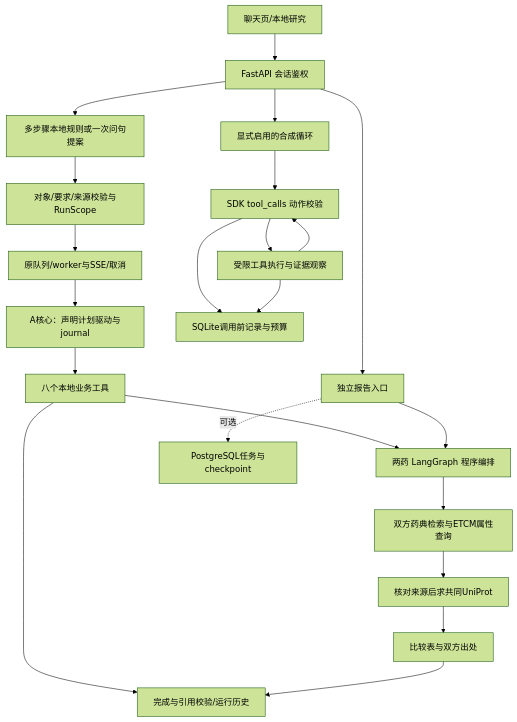
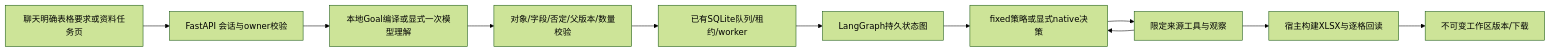
One commit to konoluluxiuda/tcm-multi-agent-assistant changed the diagram in docs/PROJECT_DEMO.md. Above: the diagram before and after it, drawn with Mermaid (forest theme). The commit also changed other lines of this file and 18 other files, not shown here.

````diff
--- a/docs/PROJECT_DEMO.md
+++ b/docs/PROJECT_DEMO.md
@@ -78,25 +53,13 @@
 ```mermaid
-flowchart TD
-    UI[聊天页/本地研究] --> API[FastAPI 会话鉴权]
-    API --> PLAN[多步骤本地规则或一次问句提案]
-    PLAN --> SCOPE[对象/要求/来源校验与RunScope]
-    SCOPE --> QUEUE[原队列/worker与SSE/取消]
-    QUEUE --> A[A核心：声明计划驱动与journal]
-    A --> LOCAL[八个本地业务工具]
-    LOCAL --> PAIR
-    LOCAL --> SAVED
-    SAVED[完成与引用校验/运行历史]
-    API --> LEGACY[独立报告入口]
-    LEGACY --> PAIR[两药 LangGraph 程序编排]
-    PAIR --> LEAF[双方药典检索与ETCM属性查询]
-    LEAF --> TARGET[核对来源后求共同UniProt]
-    TARGET --> REPORT[比较表与双方出处]
-    REPORT --> SAVED
-    LEGACY -. 可选 .-> PG[PostgreSQL任务与checkpoint]
-    API --> DEMO[显式启用的合成循环]
-    DEMO --> DECIDE[SDK tool_calls 动作校验]
-    DECIDE --> TOOL[受限工具执行与证据观察]
-    TOOL --> DECIDE
-    DECIDE --> JOURNAL[SQLite调用前记录与预算]
-    TOOL --> JOURNAL
+flowchart LR
+    U[聊天明确表格要求或资料任务页] --> API[FastAPI 会话与owner校验]
+    API --> C[本地Goal编译或显式一次模型理解]
+    C --> V[对象/字段/否定/父版本/数量校验]
+    V --> Q[已有SQLite队列/租约/worker]
+    Q --> G[LangGraph持久状态图]
+    G --> P[fixed策略或显式native决策]
+    P --> T[限定来源工具与观察]
+    T --> P
+    T --> H[宿主构建XLSX与逐格回读]
+    H --> W[不可变工作区版本/下载]
 ```
````
